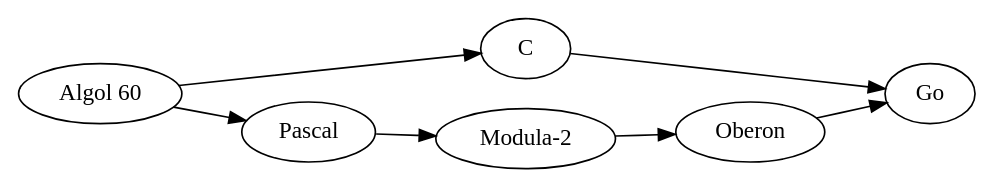
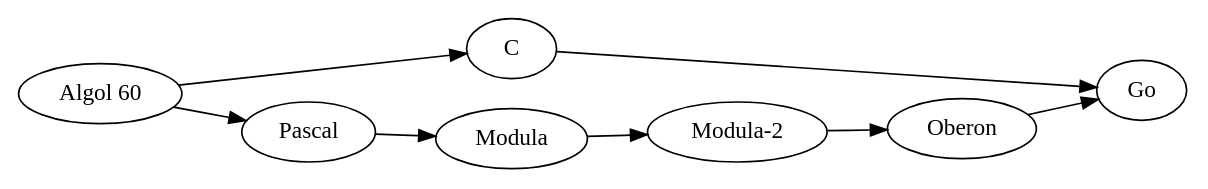
Before and after one commit to euribates/notes: the diagram in source/notes-on-go.rst, drawn with Graphviz. The commit also changed other lines of this file and 1 other file, not shown here.

```diff
--- a/source/notes-on-go.rst
+++ b/source/notes-on-go.rst
@@ -36,11 +38,12 @@
 .. graphviz::
 
    digraph foo {
       rankdir=LR;
       "Algol 60" -> "C";
       "Algol 60" -> Pascal;
-      Pascal -> "Modula-2";
+      Pascal -> "Modula";
+      "Modula" -> "Modula-2";
       "Modula-2" -> Oberon;
       Oberon -> "Go";
       "C" -> "Go";
    }
```
